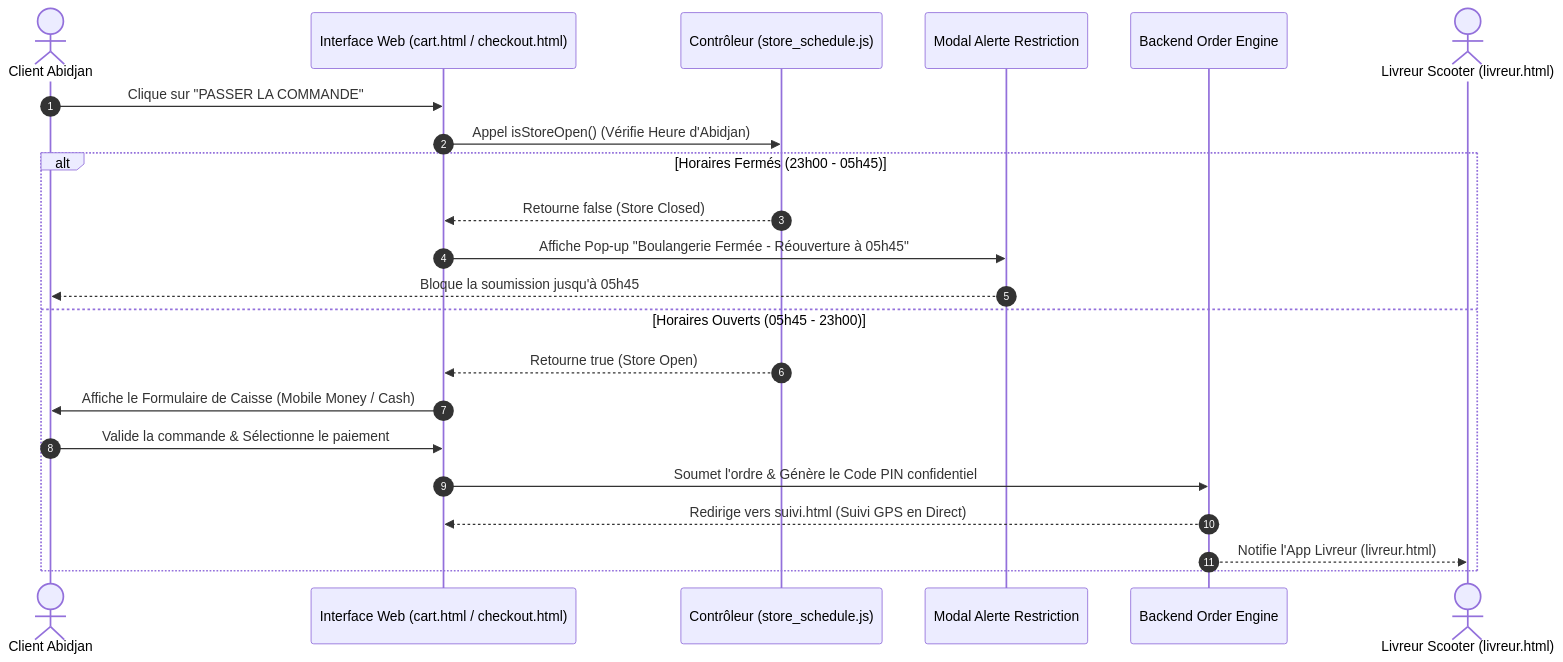
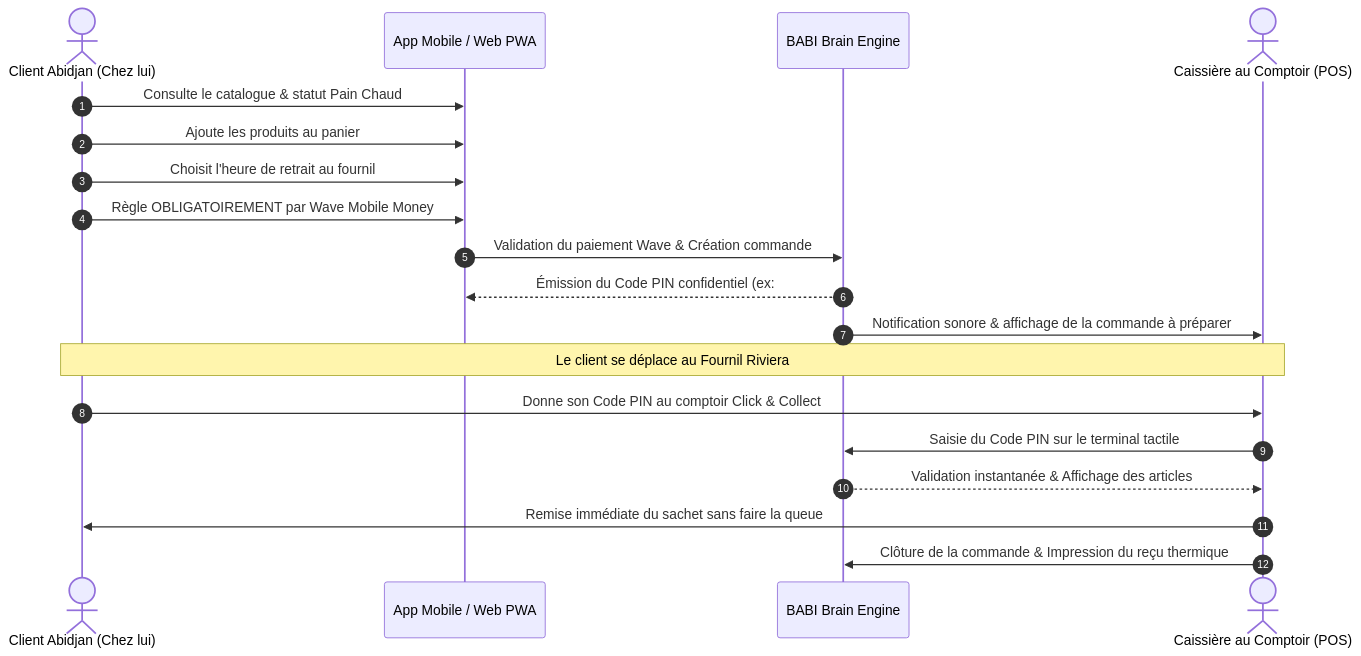
One commit to Christ-Hub-pixel/Boulangerie-de-BABI-main changed the second of 2 diagrams in ARCHITECTURE.md. Above: the diagram before and after it, drawn with Mermaid. The commit also changed other lines of this file and 2 other files, not shown here.

Commit message:
refactor(checkout): enforce exclusive Wave payment for online orders and purge all delivery/courier references

````diff
--- a/ARCHITECTURE.md
+++ b/ARCHITECTURE.md
@@ -69,26 +68,23 @@
 ```mermaid
 sequenceDiagram
     autonumber
-    actor C as Client Abidjan
-    participant W as Interface Web (cart.html / checkout.html)
-    participant S as Contrôleur (store_schedule.js)
-    participant M as Modal Alerte Restriction
-    participant B as Backend Order Engine
-    actor L as Livreur Scooter (livreur.html)
+    actor C as Client Abidjan (Chez lui)
+    participant App as App Mobile / Web PWA
+    participant Backend as BABI Brain Engine
+    actor K as Caissière au Comptoir (POS)
 
-    C->>W: Clique sur "PASSER LA COMMANDE"
-    W->>S: Appel isStoreOpen() (Vérifie Heure d'Abidjan)
+    C->>App: Consulte le catalogue & statut Pain Chaud
+    C->>App: Ajoute les produits au panier
+    C->>App: Choisit l'heure de retrait au fournil
+    C->>App: Règle OBLIGATOIREMENT par Wave Mobile Money
+    App->>Backend: Validation du paiement Wave & Création commande
+    Backend-->>App: Émission du Code PIN confidentiel (ex: #7890)
+    Backend->>K: Notification sonore & affichage de la commande à préparer
     
-    alt Horaires Fermés (23h00 - 05h45)
-        S-->>W: Retourne false (Store Closed)
-        W->>M: Affiche Pop-up "Boulangerie Fermée - Réouverture à 05h45"
-        M-->>C: Bloque la soumission jusqu'à 05h45
-    else Horaires Ouverts (05h45 - 23h00)
-        S-->>W: Retourne true (Store Open)
-        W->>C: Affiche le Formulaire de Caisse (Mobile Money / Cash)
-        C->>W: Valide la commande & Sélectionne le paiement
-        W->>B: Soumet l'ordre & Génère le Code PIN confidentiel
-        B-->>W: Redirige vers suivi.html (Suivi GPS en Direct)
-        B-->>L: Notifie l'App Livreur (livreur.html)
-    end
+    Note over C,K: Le client se déplace au Fournil Riviera
+    C->>K: Donne son Code PIN au comptoir Click & Collect
+    K->>Backend: Saisie du Code PIN sur le terminal tactile
+    Backend-->>K: Validation instantanée & Affichage des articles
+    K->>C: Remise immédiate du sachet sans faire la queue
+    K->>Backend: Clôture de la commande & Impression du reçu thermique
 ```
````
